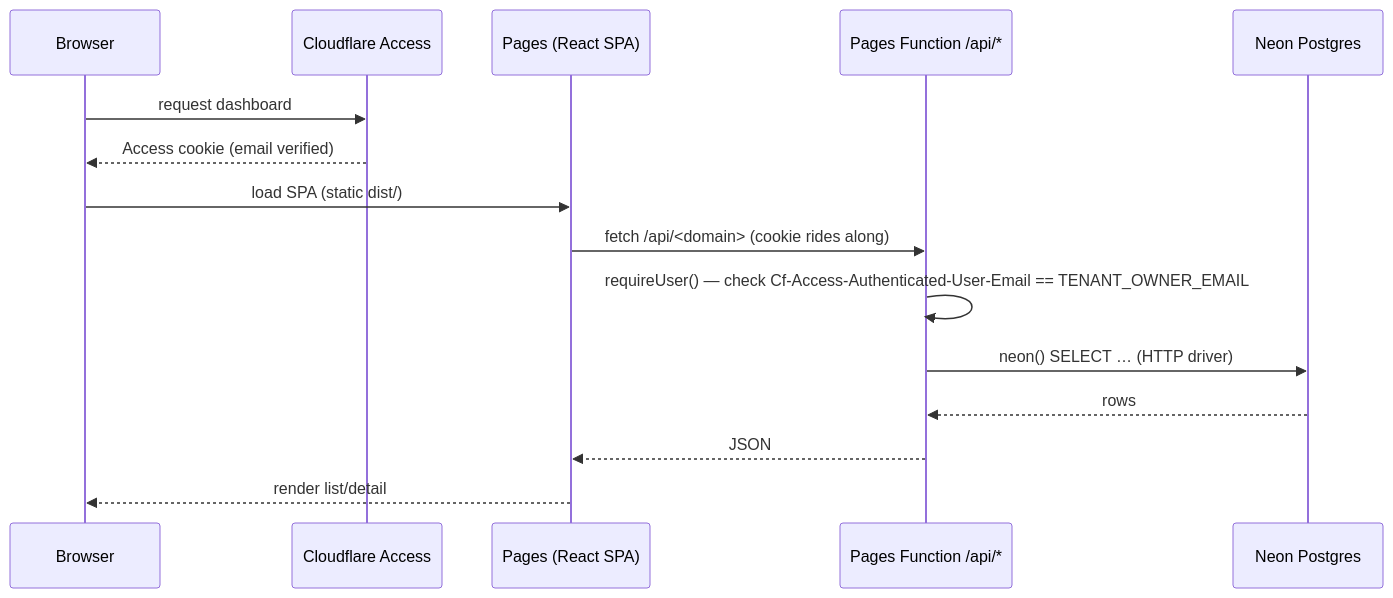
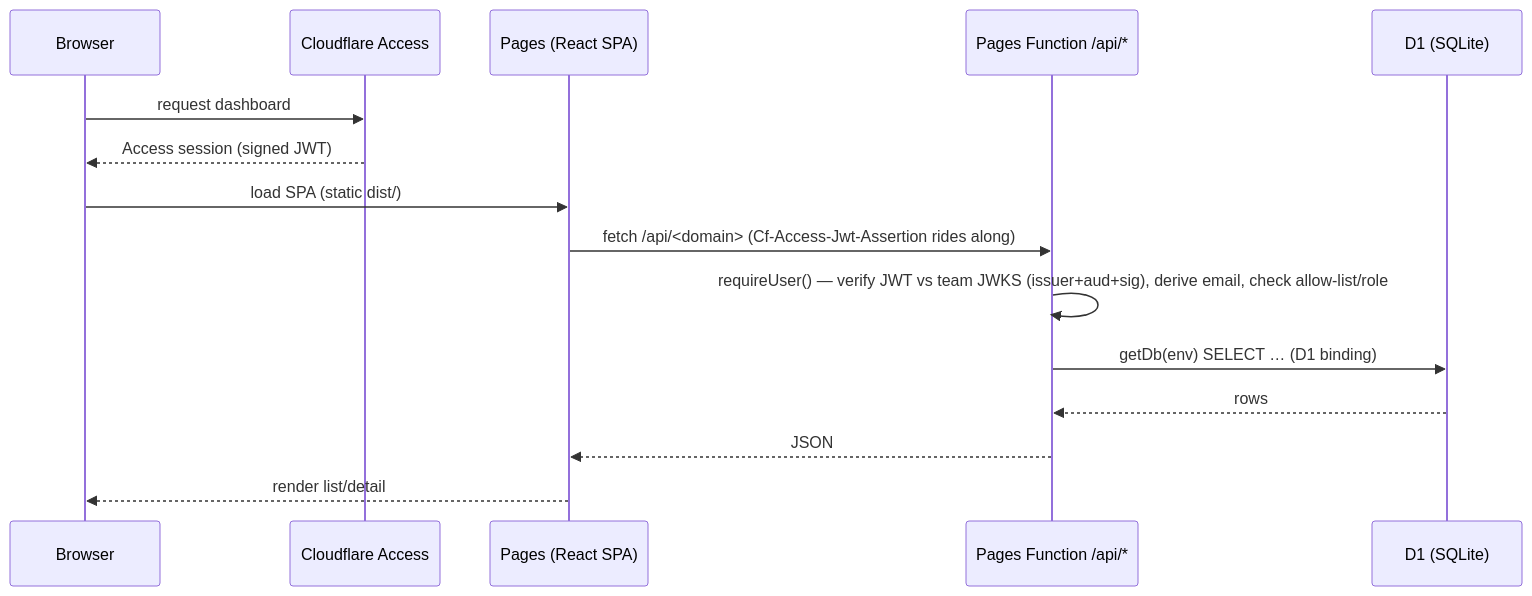
The fourth of 8 diagrams in docs/ARCHITECTURE.md (aitheroad-dev/my-jarvis-dashboard-yaron), drawn with Mermaid before and after one commit. The commit also changed other lines of this file and 6 other files, not shown here.

Commit message:
docs: align dashboard docs with current stack — D1 + Cloudflare Access + direct-upload deploy, 15-page taxonomy (Tickets→Situation); reframe CLAUDE.md + myjarvis-dashboard skill as live instance, demote Neon/WorkOS/template flow to historical

````diff
--- a/docs/ARCHITECTURE.md
+++ b/docs/ARCHITECTURE.md
@@ -311,18 +331,18 @@
 ```mermaid
 sequenceDiagram
   participant U as Browser
   participant A as Cloudflare Access
   participant P as Pages (React SPA)
   participant F as Pages Function /api/*
-  participant N as Neon Postgres
+  participant D as D1 (SQLite)
 
   U->>A: request dashboard
-  A-->>U: Access cookie (email verified)
+  A-->>U: Access session (signed JWT)
   U->>P: load SPA (static dist/)
-  P->>F: fetch /api/<domain> (cookie rides along)
-  F->>F: requireUser() — check Cf-Access-Authenticated-User-Email == TENANT_OWNER_EMAIL
-  F->>N: neon() SELECT … (HTTP driver)
-  N-->>F: rows
+  P->>F: fetch /api/<domain> (Cf-Access-Jwt-Assertion rides along)
+  F->>F: requireUser() — verify JWT vs team JWKS (issuer+aud+sig), derive email, check allow-list/role
+  F->>D: getDb(env) SELECT … (D1 binding)
+  D-->>F: rows
   F-->>P: JSON
   P-->>U: render list/detail
 ```
````
